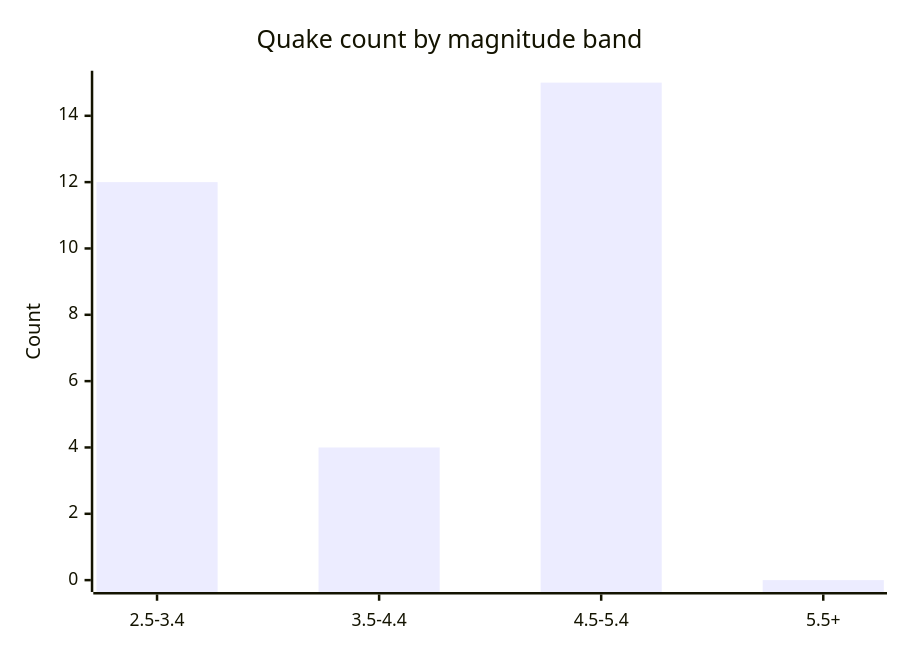
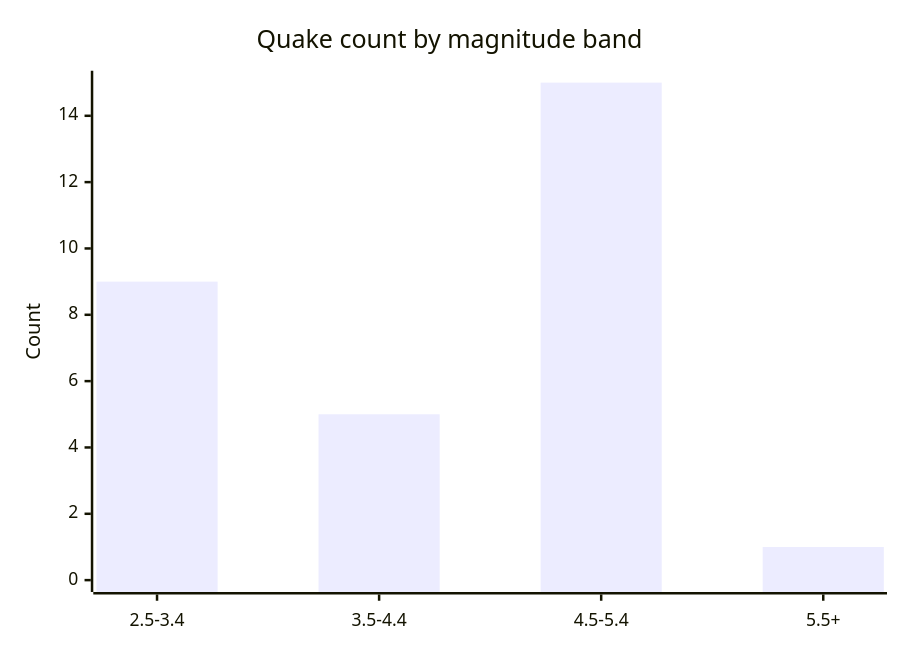
Before and after one commit to Midwest-Stratospheric/aerostratospheric-defense-gir: the fifth of 6 diagrams in docs/GRAPHS.md, drawn with Mermaid. The commit also changed other lines of this file and 24 other files, not shown here.

````diff
--- a/docs/GRAPHS.md
+++ b/docs/GRAPHS.md
@@ -82,7 +82,7 @@
 ```mermaid
 xychart-beta
   title "Quake count by magnitude band"
   x-axis ["2.5-3.4", "3.5-4.4", "4.5-5.4", "5.5+"]
   y-axis "Count" 0 --> 15
-  bar [12, 4, 15, 0]
+  bar [9, 5, 15, 1]
 ```
````
